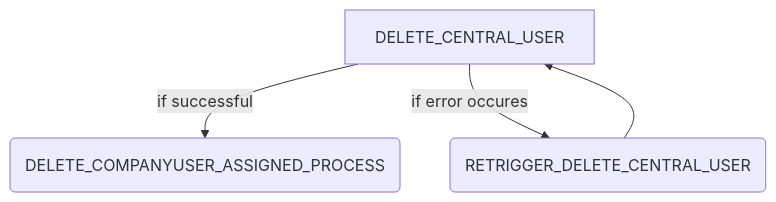
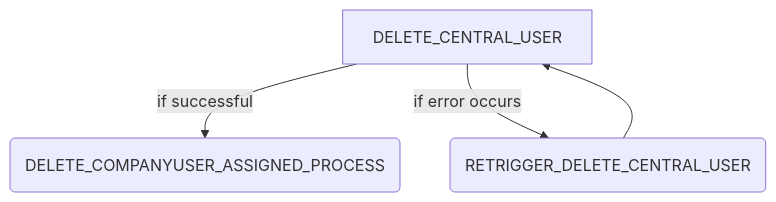
One commit to eclipse-tractusx/portal-assets changed the diagram in docs/developer/Process Workers/user_provisioning.md. Above: the diagram before and after it, drawn with Mermaid. The commit also changed other lines of this file and 2 other files, not shown here.

Commit message:
chore: fix typos and add link

````diff
--- a/docs/developer/Process Workers/user_provisioning.md
+++ b/docs/developer/Process Workers/user_provisioning.md
@@ -5,10 +5,10 @@
 ```mermaid
 flowchart TD
     A[DELETE_CENTRAL_USER]
     B(DELETE_COMPANYUSER_ASSIGNED_PROCESS)
     C(RETRIGGER_DELETE_CENTRAL_USER)
     A --> |if successful| B
-    A --> |if error occures| C
+    A --> |if error occurs| C
     C --> A
 
 ```
````
